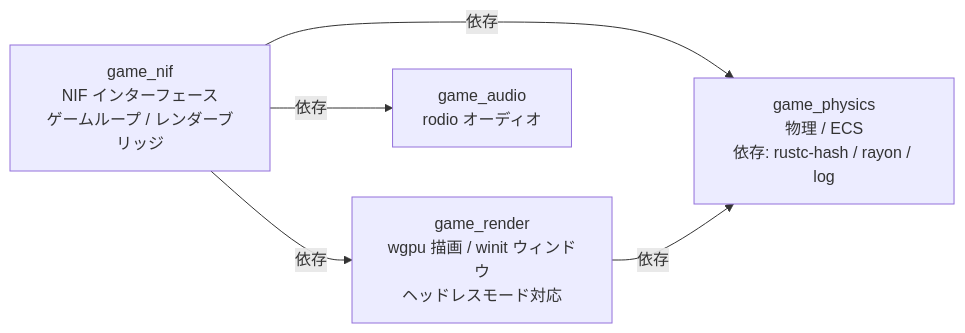
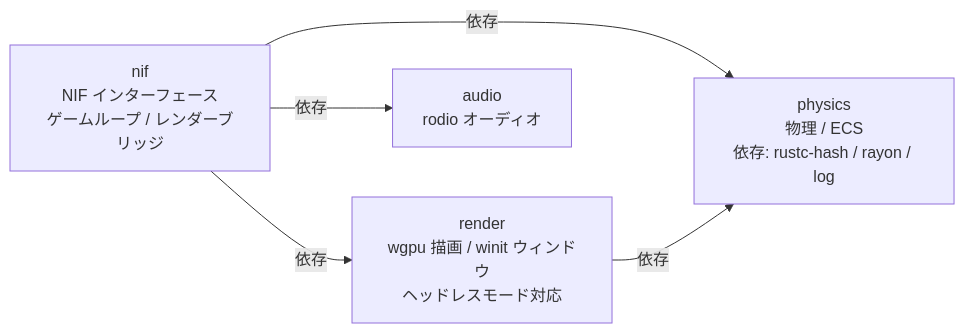
The first of 12 diagrams in docs/rust-layer.md (FRICK-ELDY/alchemy-engine), drawn with Mermaid before and after one commit. The commit also changed other lines of this file and 76 other files, not shown here.

````diff
--- a/docs/rust-layer.md
+++ b/docs/rust-layer.md
@@ -11,12 +11,12 @@
 ```mermaid
 graph LR
-    GN[game_nif<br/>NIF インターフェース<br/>ゲームループ / レンダーブリッジ]
-    GS[game_physics<br/>物理 / ECS<br/>依存: rustc-hash / rayon / log]
-    GR[game_render<br/>wgpu 描画 / winit ウィンドウ<br/>ヘッドレスモード対応]
-    GA[game_audio<br/>rodio オーディオ]
+    GN[nif<br/>NIF インターフェース<br/>ゲームループ / レンダーブリッジ]
+    GS[physics<br/>物理 / ECS<br/>依存: rustc-hash / rayon / log]
+    GR[render<br/>wgpu 描画 / winit ウィンドウ<br/>ヘッドレスモード対応]
+    GA[audio<br/>rodio オーディオ]
 
     GN -->|依存| GS
     GN -->|依存| GR
     GN -->|依存| GA
     GR -->|依存| GS
 ```
````
